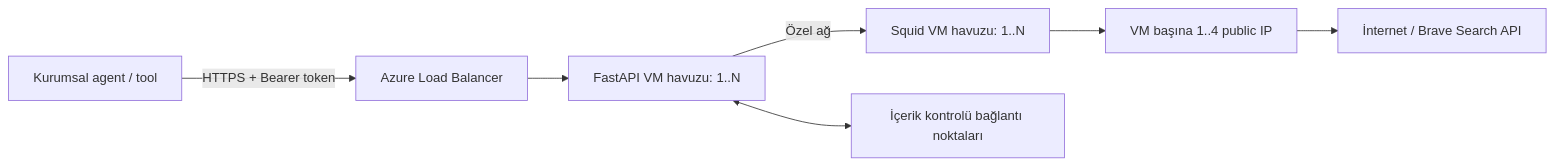
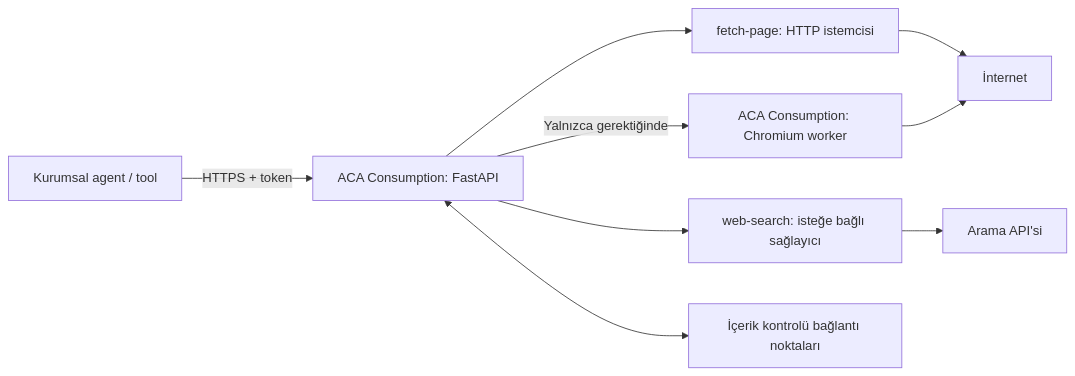
The diagram in README.md (dcanTOKA/agent-proxy-gateway), drawn with Mermaid before and after one commit. The commit also changed other lines of this file and 35 other files, not shown here.

Commit message:
Move gateway to scale-to-zero ACA with optional Chromium worker

````diff
--- a/README.md
+++ b/README.md
@@ -5,9 +5,11 @@
 ```mermaid
 flowchart LR
-    Agent[Kurumsal agent / tool] -->|HTTPS + Bearer token| LB[Azure Load Balancer]
-    LB --> API[FastAPI VM havuzu: 1..N]
-    API -->|Özel ağ| Squid[Squid VM havuzu: 1..N]
-    Squid --> IP[VM başına 1..4 public IP]
-    IP --> Web[İnternet / Brave Search API]
+    Agent[Kurumsal agent / tool] -->|HTTPS + token| API[ACA Consumption: FastAPI]
+    API --> Fetch[fetch-page: HTTP istemcisi]
+    API -->|Yalnızca gerektiğinde| Browser[ACA Consumption: Chromium worker]
+    API --> Search[web-search: isteğe bağlı sağlayıcı]
+    Fetch --> Web[İnternet]
+    Browser --> Web
+    Search --> Provider[Arama API'si]
     API <--> Policy[İçerik kontrolü bağlantı noktaları]
 ```
````
